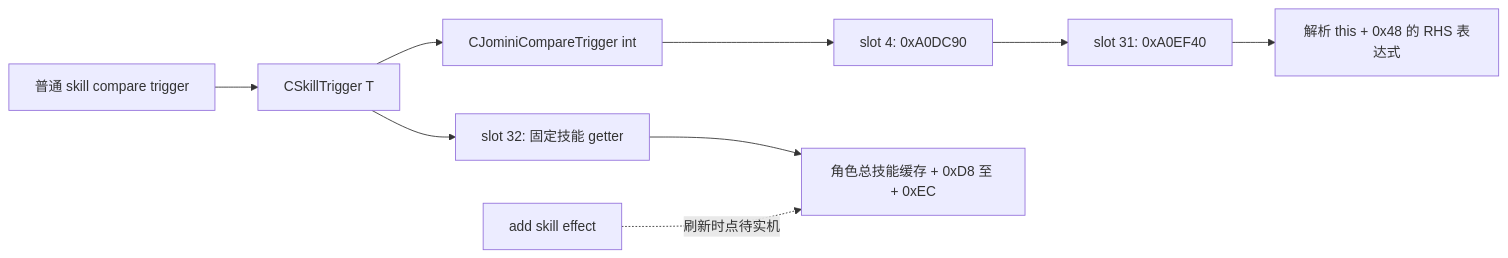
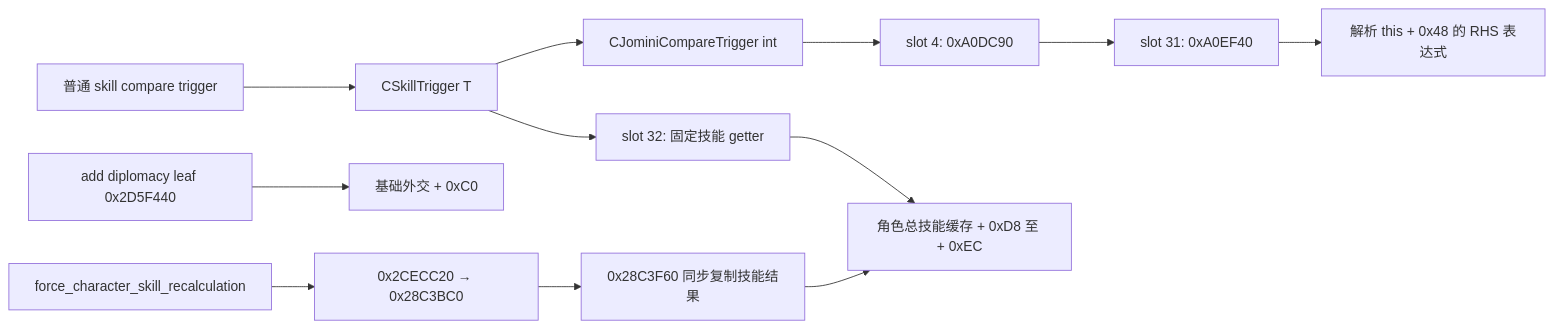
Before and after one commit to XenoAmess/ck3_eternal_recurrence: the diagram in docs/ck3-native-ai/character-skill-trigger-readback-1.20.0.3-2026-10-04.md, drawn with Mermaid. The commit also changed other lines of this file and 50 other files, not shown here.

````diff
--- a/docs/ck3-native-ai/character-skill-trigger-readback-1.20.0.3-2026-10-04.md
+++ b/docs/ck3-native-ai/character-skill-trigger-readback-1.20.0.3-2026-10-04.md
@@ -24,11 +24,14 @@
 ```mermaid
 flowchart LR
   A[普通 skill compare trigger] --> B[CSkillTrigger T]
   B --> C[CJominiCompareTrigger int]
   C --> D[slot 4: 0xA0DC90]
   D --> E[slot 31: 0xA0EF40]
   E --> F[解析 this + 0x48 的 RHS 表达式]
   B --> G[slot 32: 固定技能 getter]
   G --> H[角色总技能缓存 + 0xD8 至 + 0xEC]
-  I[add skill effect] -. 刷新时点待实机 .-> H
+  I[add diplomacy leaf 0x2D5F440] --> J[基础外交 + 0xC0]
+  K[force_character_skill_recalculation] --> L[0x2CECC20 → 0x28C3BC0]
+  L --> M[0x28C3F60 同步复制技能结果]
+  M --> H
 ```
````
